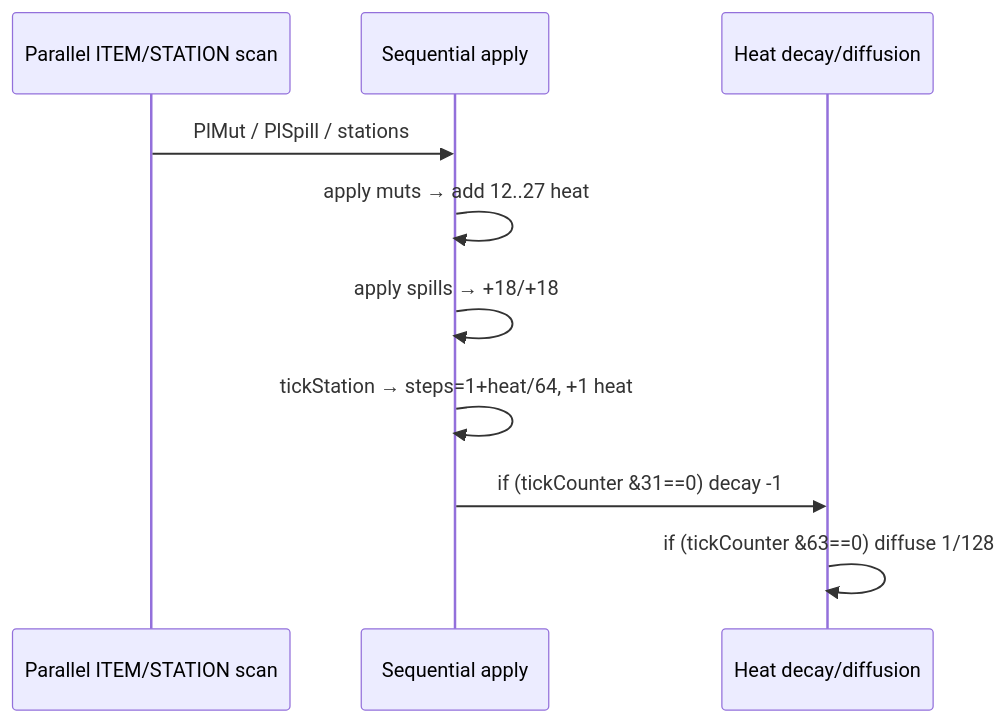
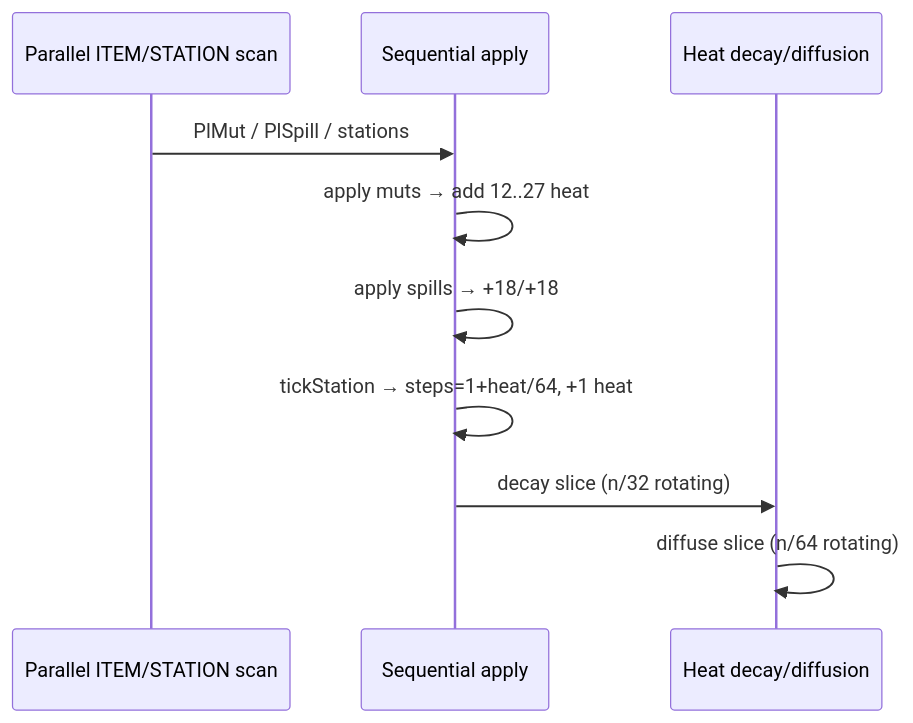
One commit to robspsj/fractory-game changed the second of 6 diagrams in docs/heat.md. Above: the diagram before and after it, drawn with Mermaid. The commit also changed other lines of this file and 4 other files, not shown here.

````diff
--- a/docs/heat.md
+++ b/docs/heat.md
@@ -44,12 +44,12 @@
 ```mermaid
 sequenceDiagram
     participant PM as Parallel ITEM/STATION scan
     participant SEQ as Sequential apply
     participant HEAT as Heat decay/diffusion
     PM->>SEQ: PlMut / PlSpill / stations
     SEQ->>SEQ: apply muts → add 12..27 heat
     SEQ->>SEQ: apply spills → +18/+18
     SEQ->>SEQ: tickStation → steps=1+heat/64, +1 heat
-    SEQ->>HEAT: if (tickCounter &31==0) decay -1
-    HEAT->>HEAT: if (tickCounter &63==0) diffuse 1/128
+    SEQ->>HEAT: decay slice (n/32 rotating)
+    HEAT->>HEAT: diffuse slice (n/64 rotating)
 ```
````
